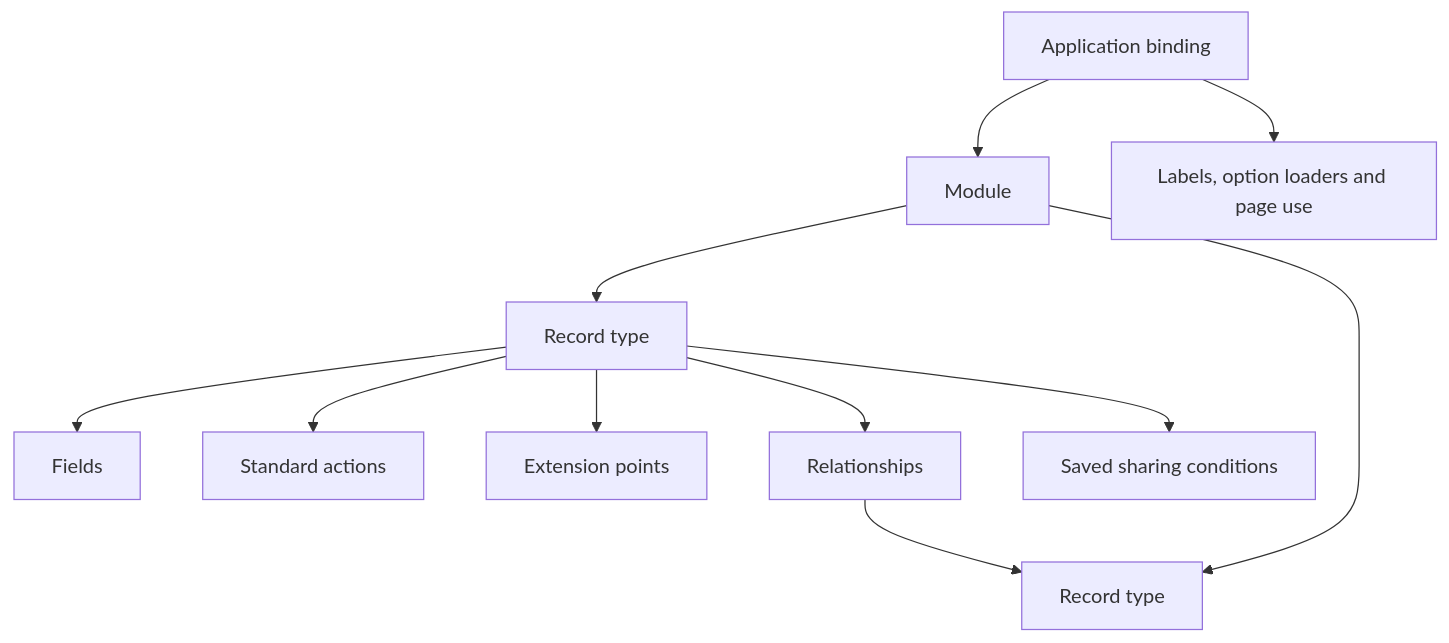
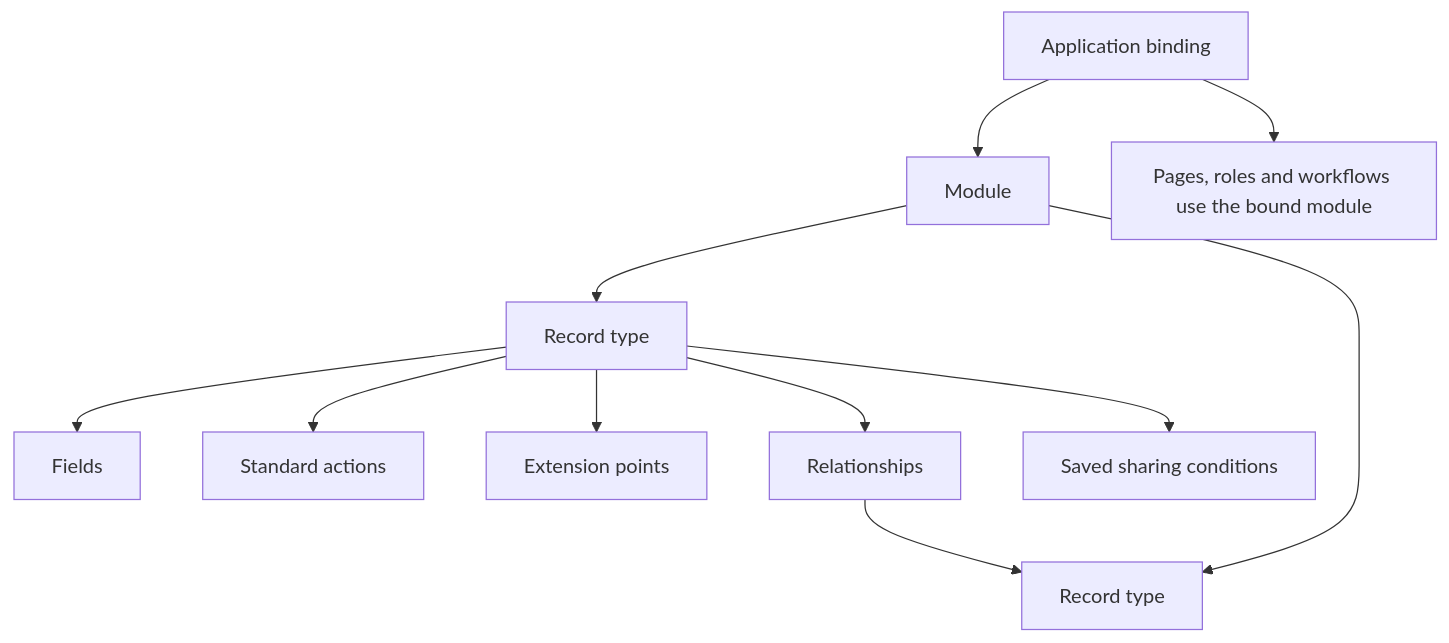
Before and after one commit to Abzum-NZ/Abzum-Vortex: the first of 3 diagrams in docs/specification/05-modules-fields-and-relationships.md, drawn with Mermaid. The commit also changed other lines of this file and 29 other files, not shown here.

````diff
--- a/docs/specification/05-modules-fields-and-relationships.md
+++ b/docs/specification/05-modules-fields-and-relationships.md
@@ -9,13 +9,13 @@
 ```mermaid
 flowchart TD
     M[Module] --> RT1[Record type]
     M --> RT2[Record type]
     RT1 --> F[Fields]
     RT1 --> A[Standard actions]
     RT1 --> X[Extension points]
     RT1 --> REL[Relationships]
     RT1 --> SHARE[Saved sharing conditions]
     REL --> RT2
     APP[Application binding] --> M
-    APP --> OV[Labels, option loaders and page use]
+    APP --> USE[Pages, roles and workflows use the bound module]
 ```
````
